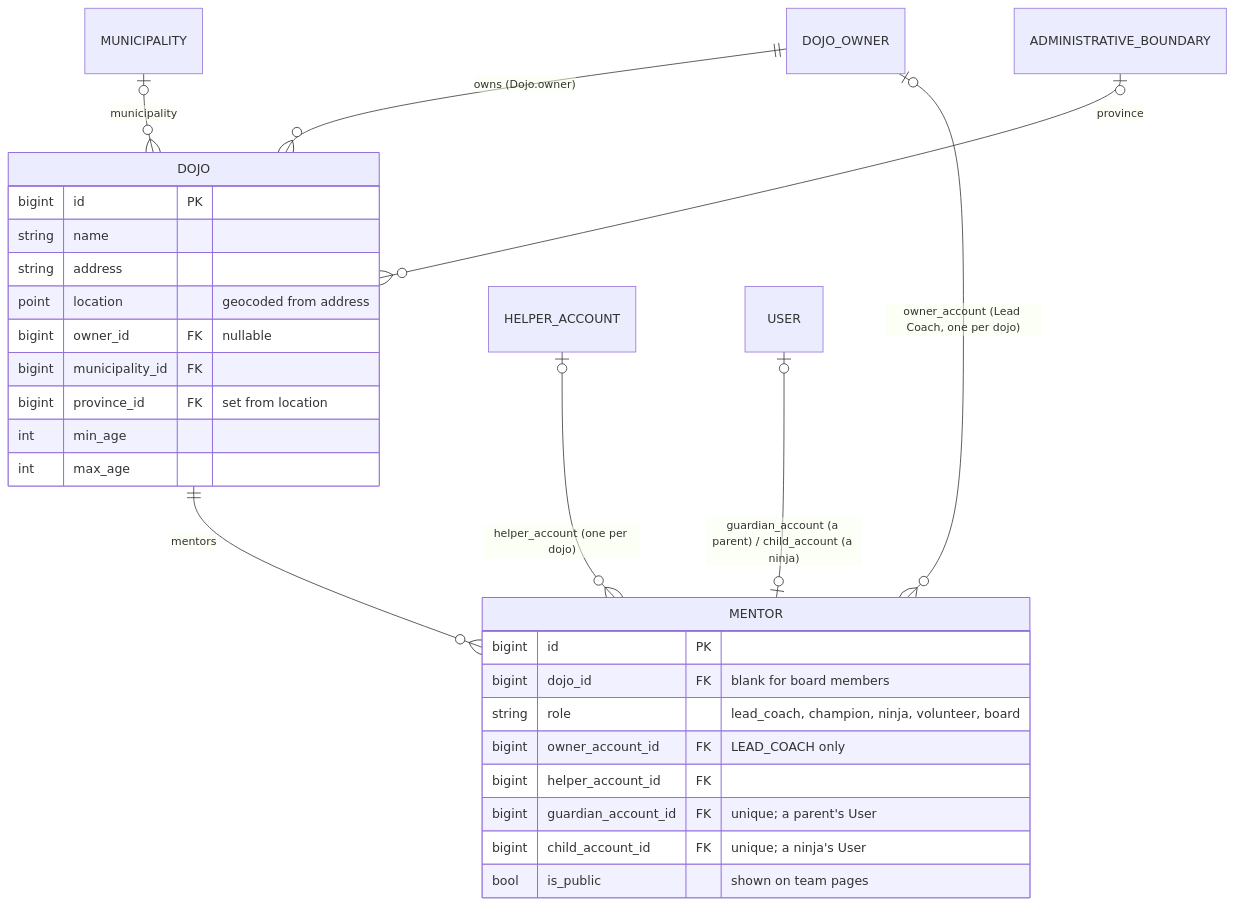
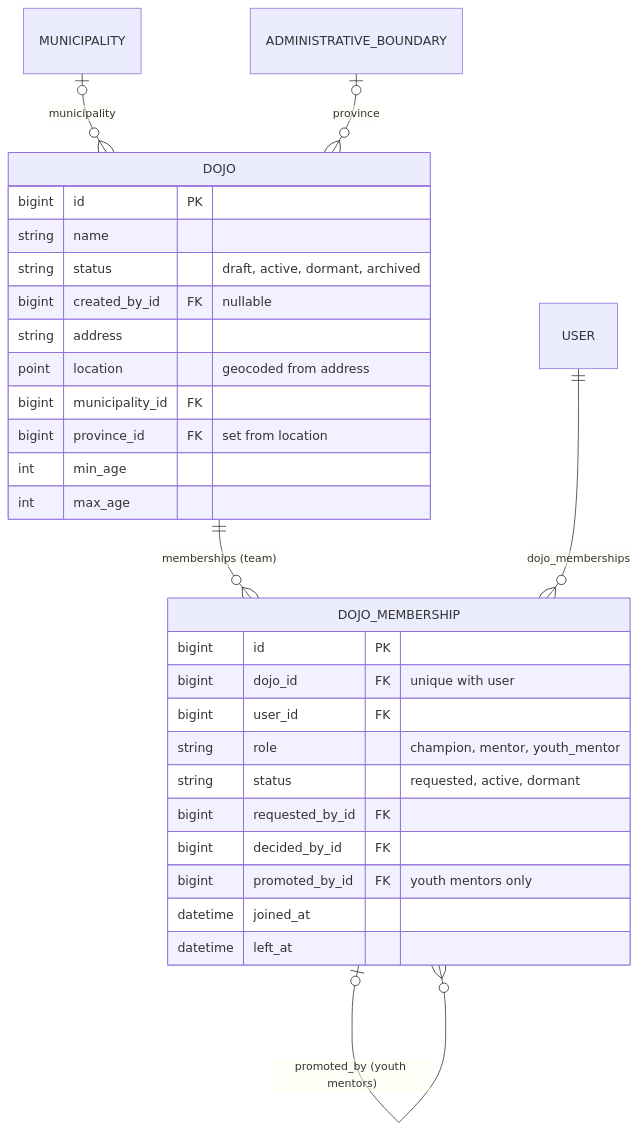
The third of 20 diagrams in DATA_MODEL.md (DoublG/coderdojo-event-registration), drawn with Mermaid before and after one commit. The commit also changed other lines of this file and 65 other files, not shown here.

````diff
--- a/DATA_MODEL.md
+++ b/DATA_MODEL.md
@@ -180,32 +182,33 @@
 ```mermaid
 erDiagram
-    DOJO_OWNER ||--o{ DOJO : "owns (Dojo.owner)"
-    DOJO ||--o{ MENTOR : "mentors"
-    DOJO_OWNER |o--o{ MENTOR : "owner_account (Lead Coach, one per dojo)"
-    HELPER_ACCOUNT |o--o{ MENTOR : "helper_account (one per dojo)"
-    USER |o--o| MENTOR : "guardian_account (a parent) / child_account (a ninja)"
+    DOJO ||--o{ DOJO_MEMBERSHIP : "memberships (team)"
+    USER ||--o{ DOJO_MEMBERSHIP : "dojo_memberships"
+    DOJO_MEMBERSHIP |o--o{ DOJO_MEMBERSHIP : "promoted_by (youth mentors)"
     MUNICIPALITY |o--o{ DOJO : "municipality"
     ADMINISTRATIVE_BOUNDARY |o--o{ DOJO : "province"
 
     DOJO {
         bigint id PK
         string name
+        string status "draft, active, dormant, archived"
+        bigint created_by_id FK "nullable"
         string address
         point location "geocoded from address"
-        bigint owner_id FK "nullable"
         bigint municipality_id FK
         bigint province_id FK "set from location"
         int min_age
         int max_age
     }
-    MENTOR {
+    DOJO_MEMBERSHIP {
         bigint id PK
-        bigint dojo_id FK "blank for board members"
-        string role "lead_coach, champion, ninja, volunteer, board"
-        bigint owner_account_id FK "LEAD_COACH only"
-        bigint helper_account_id FK
-        bigint guardian_account_id FK "unique; a parent's User"
-        bigint child_account_id FK "unique; a ninja's User"
-        bool is_public "shown on team pages"
+        bigint dojo_id FK "unique with user"
+        bigint user_id FK
+        string role "champion, mentor, youth_mentor"
+        string status "requested, active, dormant"
+        bigint requested_by_id FK
+        bigint decided_by_id FK
+        bigint promoted_by_id FK "youth mentors only"
+        datetime joined_at
+        datetime left_at
     }
 ```
````
